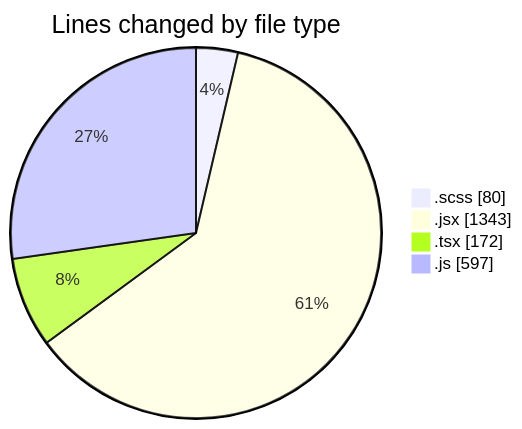
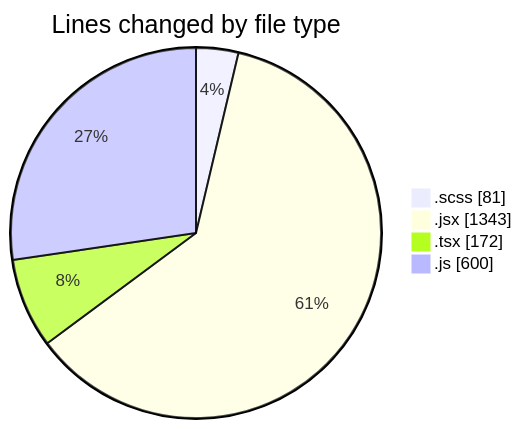
One commit to momahboobian/code-tracking changed the first of 2 diagrams in 2025-06-03/cda/README.md. Above: the diagram before and after it, drawn with Mermaid. The commit also changed other lines of this file and 1 other file, not shown here.

````diff
--- a/2025-06-03/cda/README.md
+++ b/2025-06-03/cda/README.md
@@ -25,8 +25,8 @@
 ```mermaid
 pie showData
 title Lines changed by file type
-".scss" : 80
+".scss" : 81
 ".jsx" : 1343
 ".tsx" : 172
-".js" : 597
+".js" : 600
 ```
````
